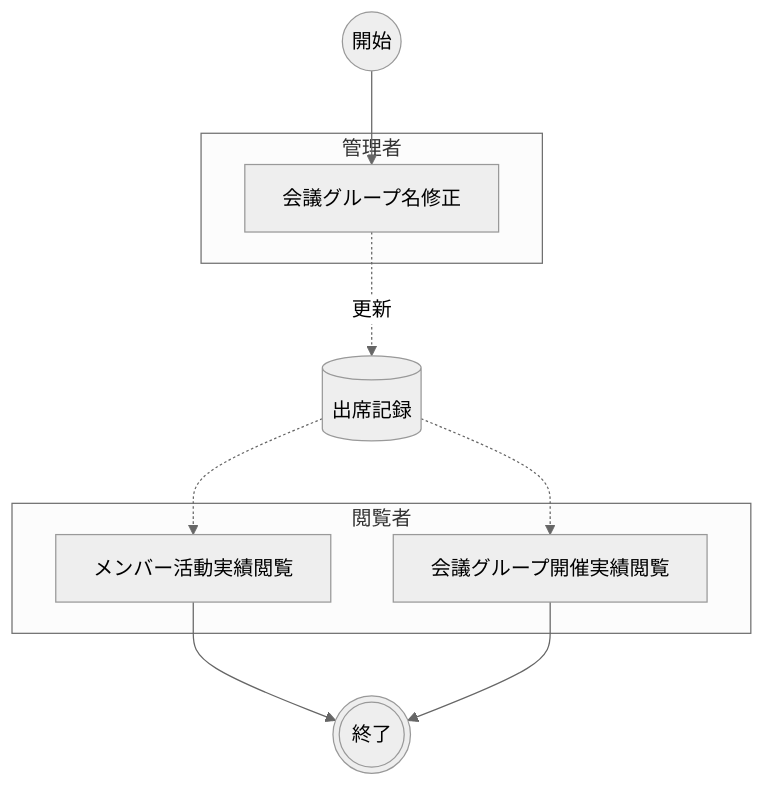
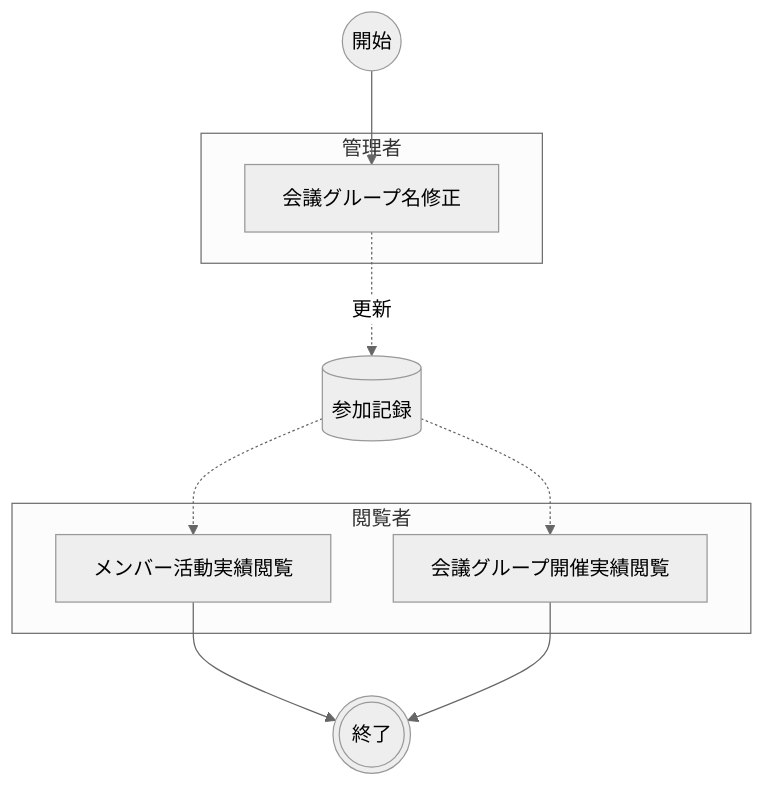
The diagram in docs/02.会議グループ管理/会議グループ管理.md (nuitsjp/teams-board), drawn with Mermaid (neutral theme) before and after one commit. The commit also changed other lines of this file and 2 other files, not shown here.

````diff
--- a/docs/02.会議グループ管理/会議グループ管理.md
+++ b/docs/02.会議グループ管理/会議グループ管理.md
@@ -18,23 +18,23 @@
 ```mermaid
 flowchart TD
     開始@{ shape: circle, label: "開始" }
     終了(((終了)))
 
     subgraph 管理者
         B01[会議グループ名修正]
     end
 
-    DB[(出席記録)]
+    DB[(参加記録)]
 
     subgraph 閲覧者
         B02[メンバー活動実績閲覧]
         B03[会議グループ開催実績閲覧]
     end
 
     開始 --> B01
     B01 -.更新.-> DB
     DB -.-> B02
     DB -.-> B03
     B02 --> 終了
     B03 --> 終了
 ```
````
